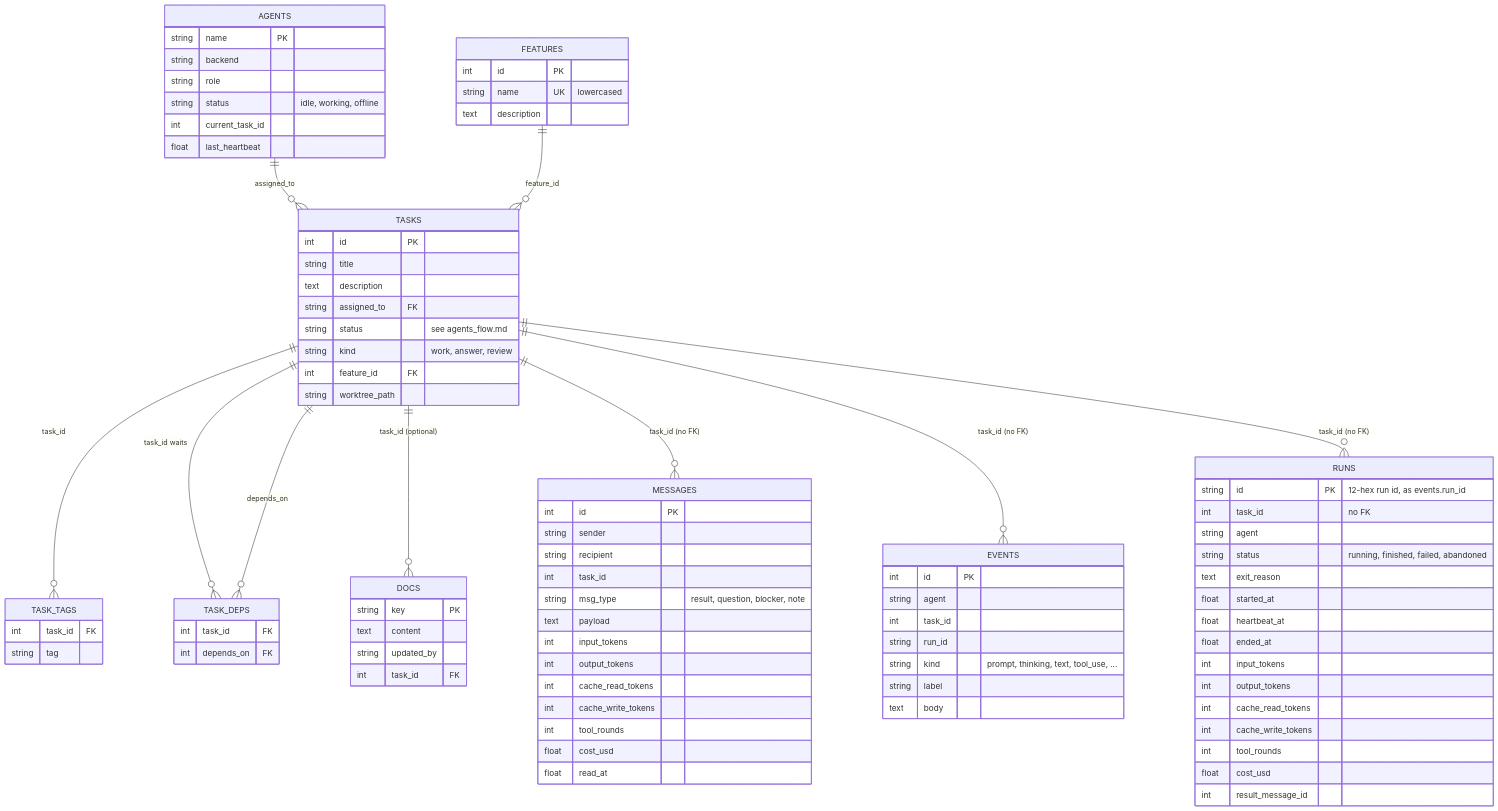
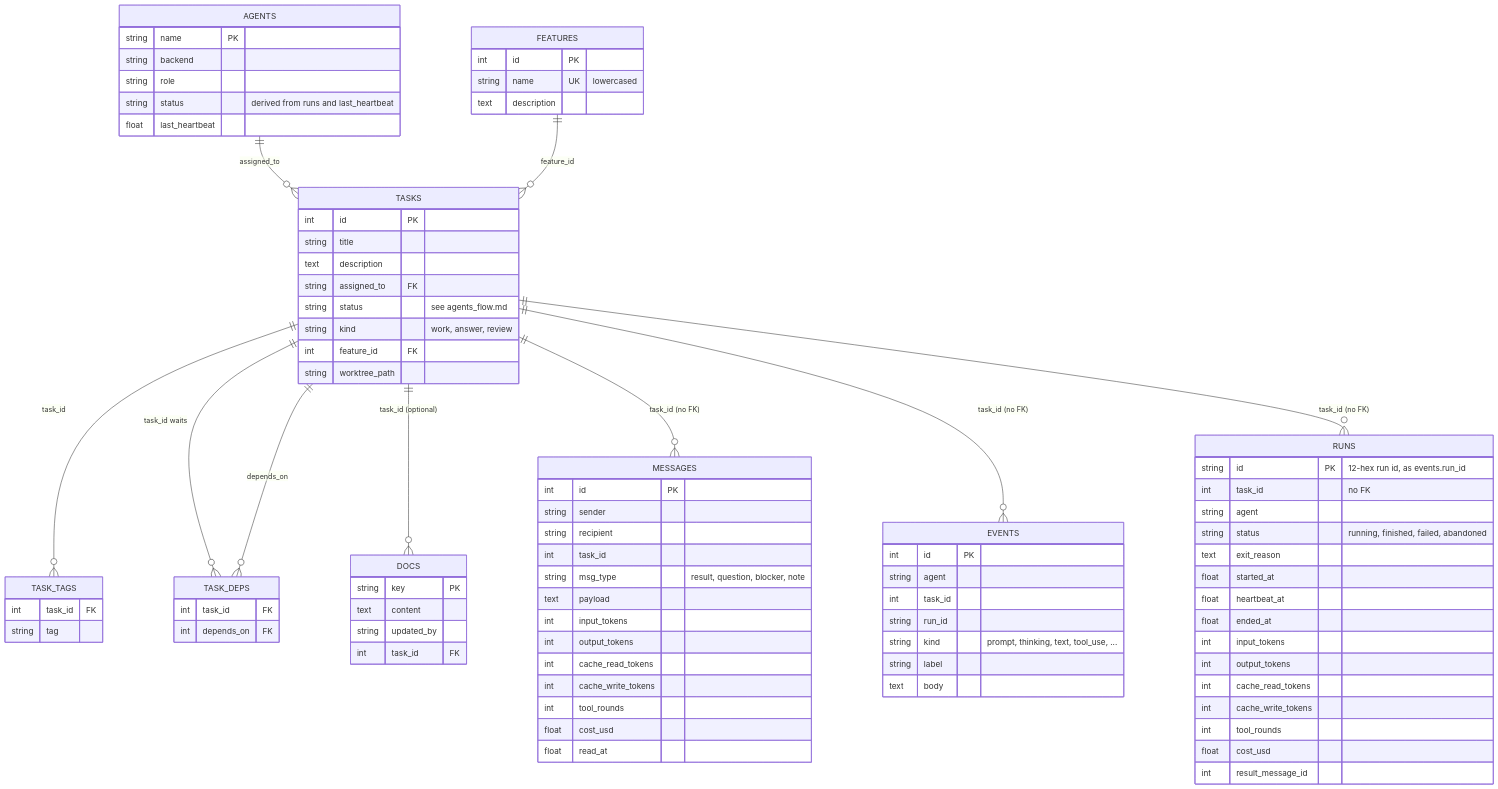
The second of 2 diagrams in docs/architecture.md (mberacochea/kuska), drawn with Mermaid before and after one commit. The commit also changed 17 other files, not shown here.

```diff
--- a/docs/architecture.md
+++ b/docs/architecture.md
@@ -109,8 +109,7 @@
     string name PK
     string backend
     string role
-    string status "idle, working, offline"
-    int current_task_id
+    string status "derived from runs and last_heartbeat"
     float last_heartbeat
   }
   FEATURES {
```
